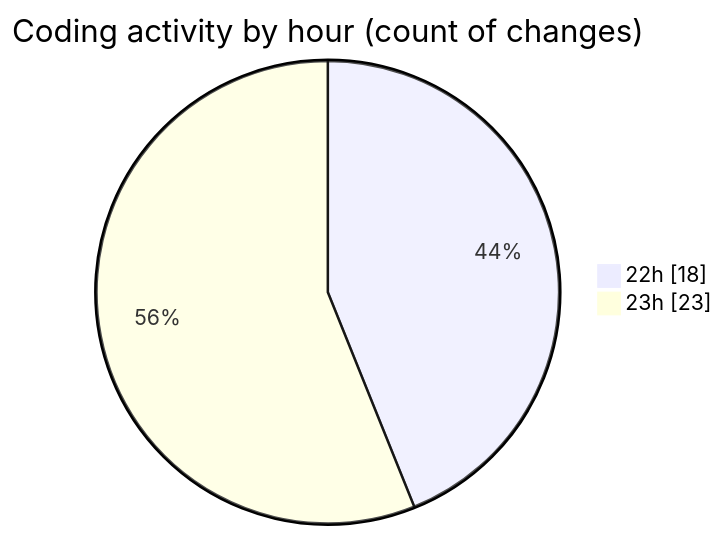
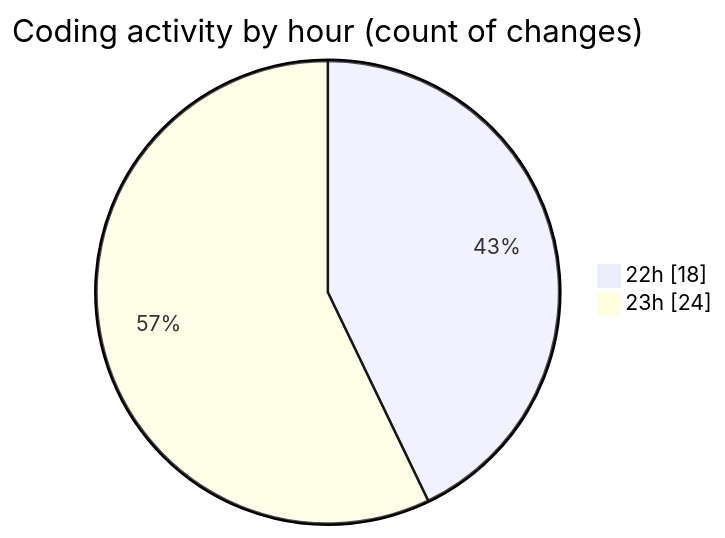
One commit to charlie-sans/code-tracking changed the second of 2 diagrams in 2025-02-18/masm/README.md. Above: the diagram before and after it, drawn with Mermaid. The commit also changed other lines of this file and 1 other file, not shown here.

````diff
--- a/2025-02-18/masm/README.md
+++ b/2025-02-18/masm/README.md
@@ -35,6 +35,6 @@
 ```mermaid
 pie showData
 title Coding activity by hour (count of changes)
 "22h" : 18
-"23h" : 23
+"23h" : 24
 ```
````
